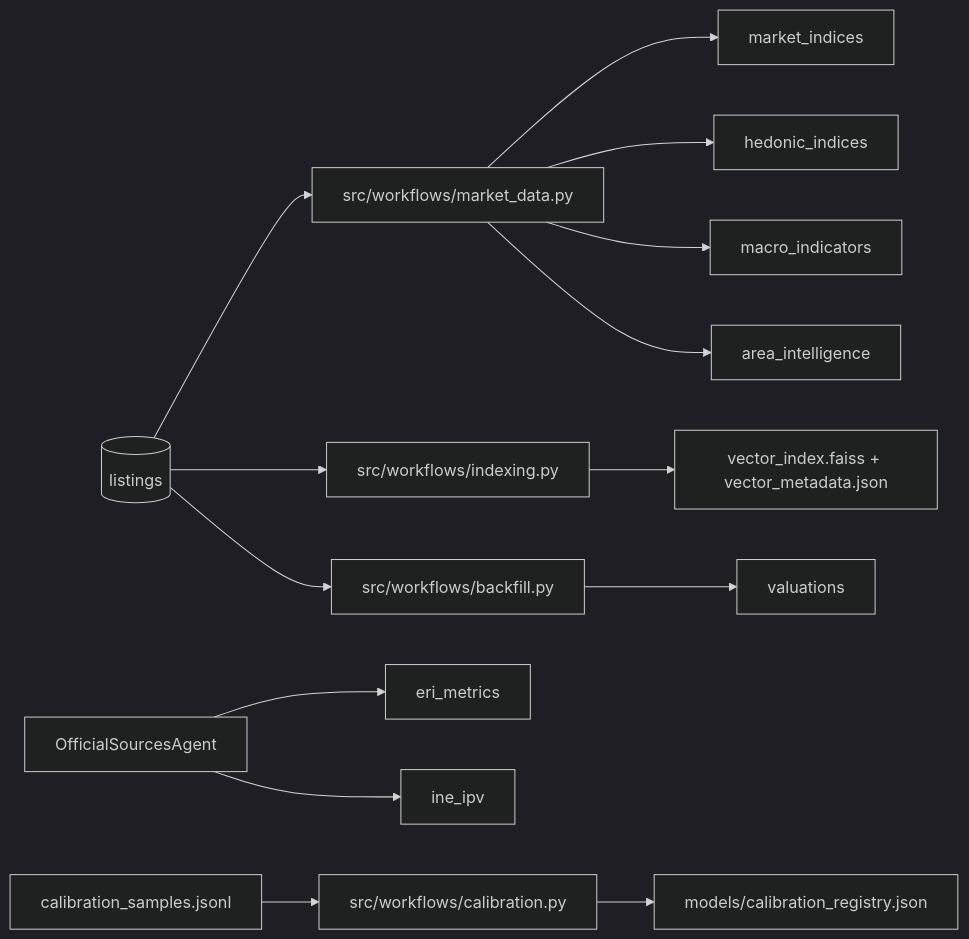
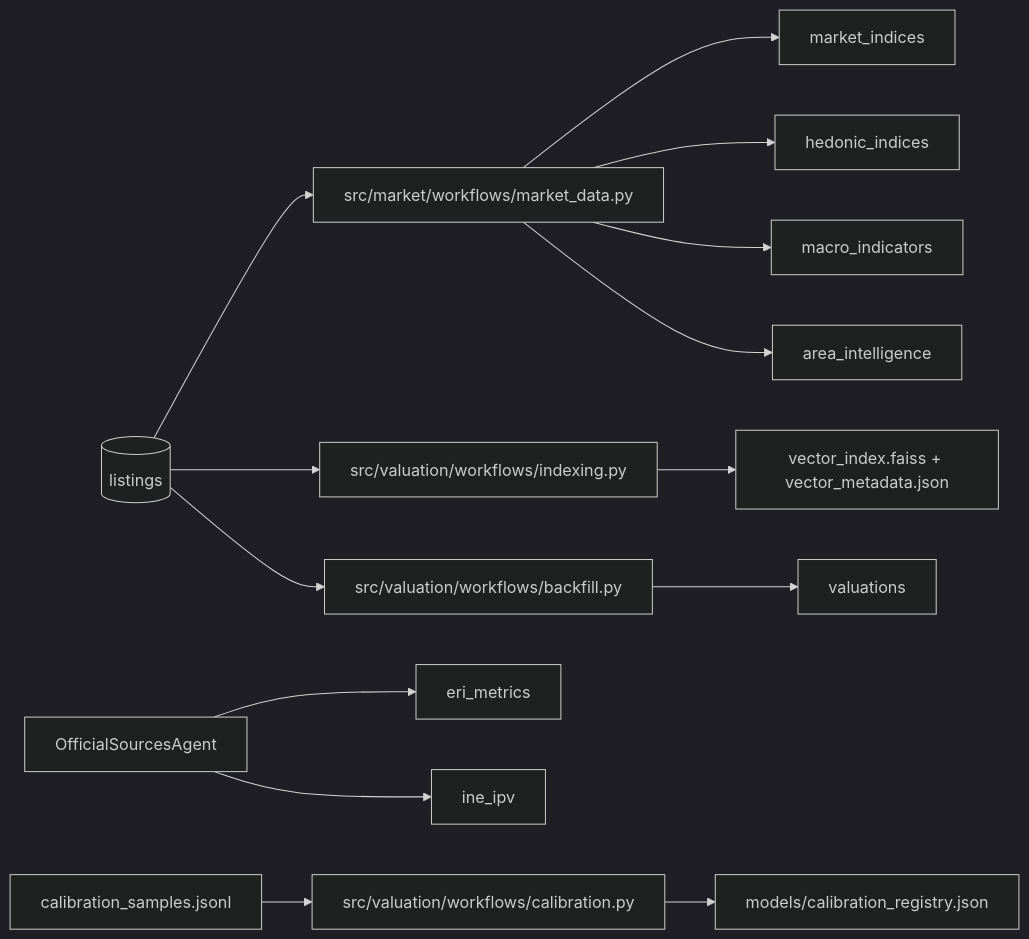
One commit to Nirtzur0/PropertyScanner changed the third of 4 diagrams in docs/02_data_pipeline.md. Above: the diagram before and after it, drawn with Mermaid (dark theme). The commit also changed other lines of this file and 374 other files, not shown here.

Commit message:
Refactor codebase to new domain-driven architecture

````diff
--- a/docs/02_data_pipeline.md
+++ b/docs/02_data_pipeline.md
@@ -57,20 +57,20 @@
 ```mermaid
 flowchart LR
-    Listings[("listings")] --> BuildMarket["src/workflows/market_data.py"]
+    Listings[("listings")] --> BuildMarket["src/market/workflows/market_data.py"]
     BuildMarket --> MI["market_indices"]
     BuildMarket --> HI["hedonic_indices"]
     BuildMarket --> Macro["macro_indicators"]
     BuildMarket --> Area["area_intelligence"]
 
-    Listings --> BuildIndex["src/workflows/indexing.py"]
+    Listings --> BuildIndex["src/valuation/workflows/indexing.py"]
     BuildIndex --> VI["vector_index.faiss + vector_metadata.json"]
 
     Gov["OfficialSourcesAgent"] --> ERI["eri_metrics"]
     Gov --> IPV["ine_ipv"]
 
-    Listings --> Backfill["src/workflows/backfill.py"]
+    Listings --> Backfill["src/valuation/workflows/backfill.py"]
     Backfill --> Val["valuations"]
 
-    CalibSamples["calibration_samples.jsonl"] --> CalibUpdate["src/workflows/calibration.py"]
+    CalibSamples["calibration_samples.jsonl"] --> CalibUpdate["src/valuation/workflows/calibration.py"]
     CalibUpdate --> Calib["models/calibration_registry.json"]
 ```
````
